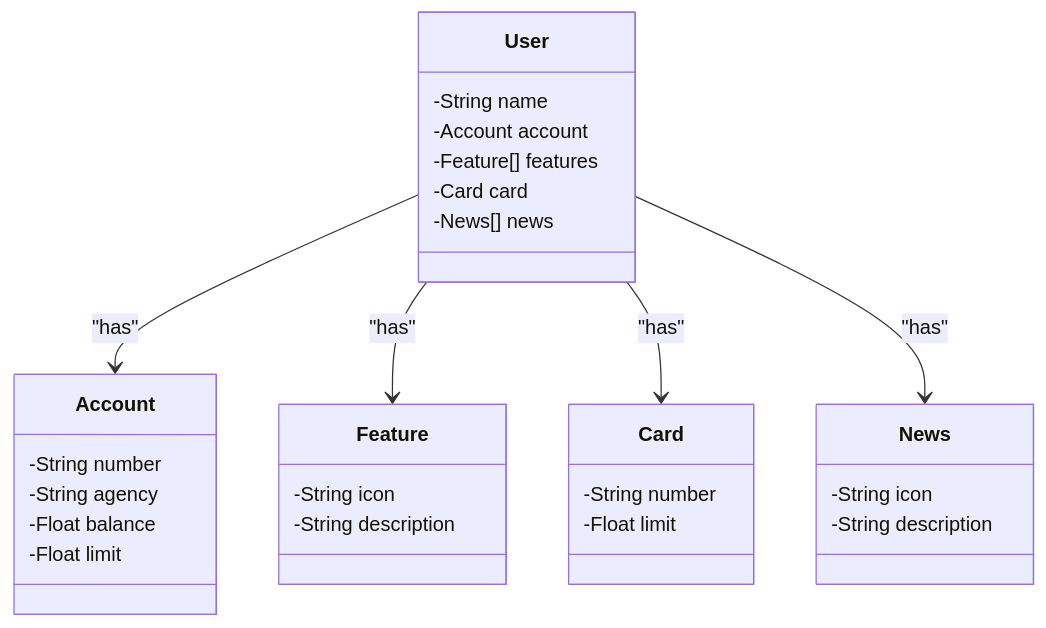
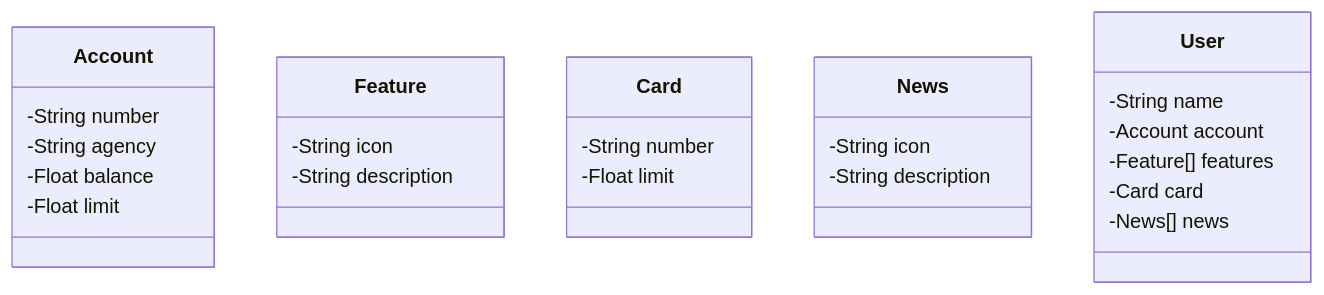
One commit to marcosynky/api-restful-sistema-bancario changed the diagram in README.md. Above: the diagram before and after it, drawn with Mermaid.

````diff
--- a/README.md
+++ b/README.md
@@ -7,40 +7,36 @@
  ```mermaid
 classDiagram
     class Account {
         -String number
         -String agency
         -Float balance
         -Float limit
     }
 
     class Feature {
         -String icon
         -String description
     }
 
     class Card {
         -String number
         -Float limit
     }
 
     class News {
         -String icon
         -String description
     }
 
     class User {
         -String name
         -Account account
         -Feature[] features
         -Card card
         -News[] news
     }
 
-    User --> Account : "has"
-    User --> Feature : "has"
-    User --> Card : "has"
-    User --> News : "has"
 
 
 
 ```
````
